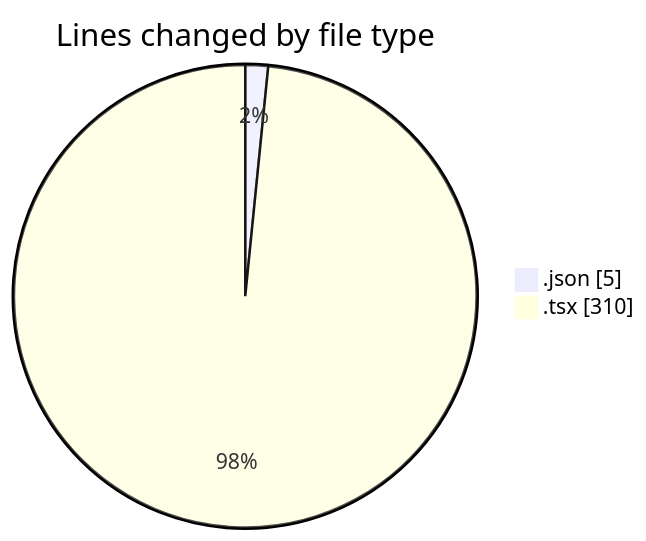
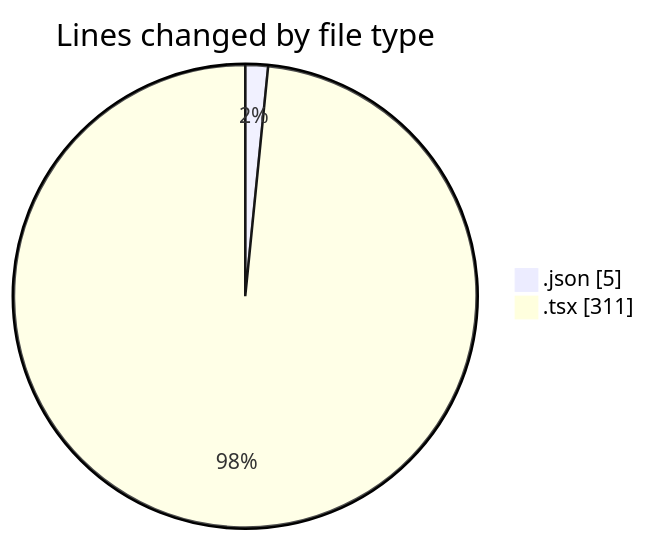
Before and after one commit to Elitesun/code-tracking: the first of 2 diagrams in 2025-04-23/indesign/README.md, drawn with Mermaid. The commit also changed other lines of this file and 1 other file, not shown here.

````diff
--- a/2025-04-23/indesign/README.md
+++ b/2025-04-23/indesign/README.md
@@ -24,6 +24,6 @@
 ```mermaid
 pie showData
 title Lines changed by file type
 ".json" : 5
-".tsx" : 310
+".tsx" : 311
 ```
````
